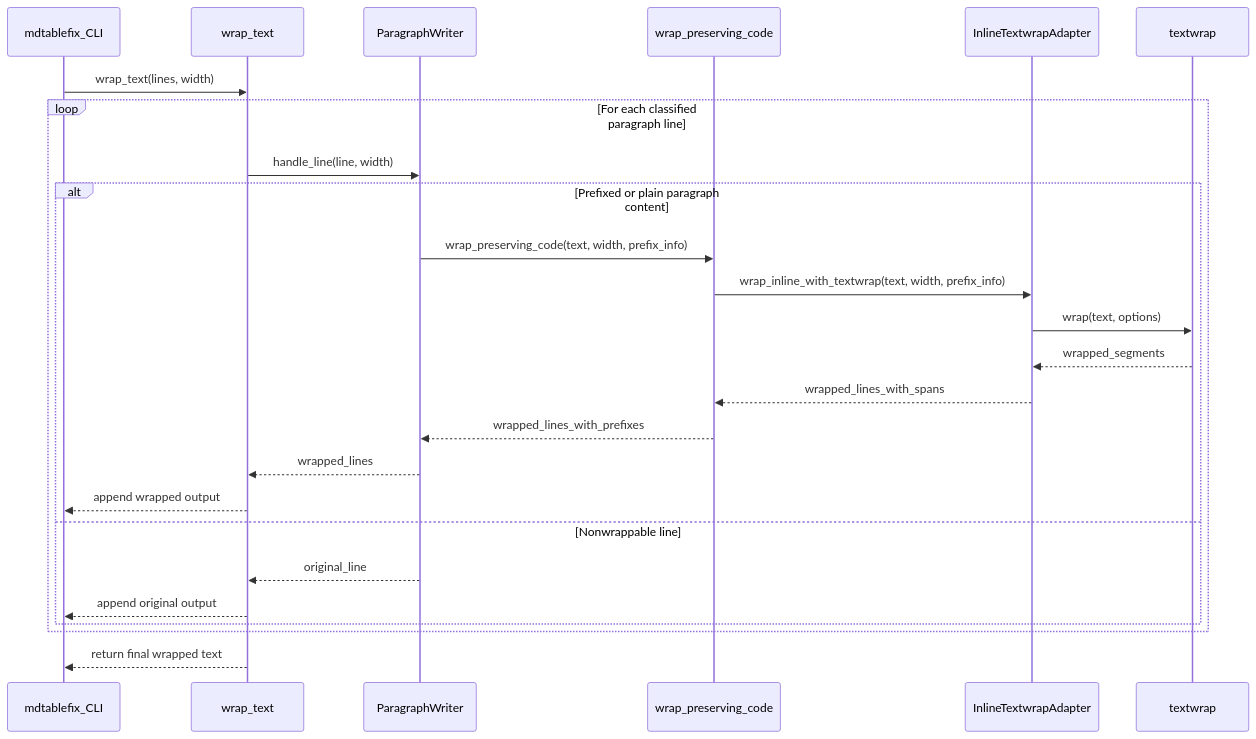
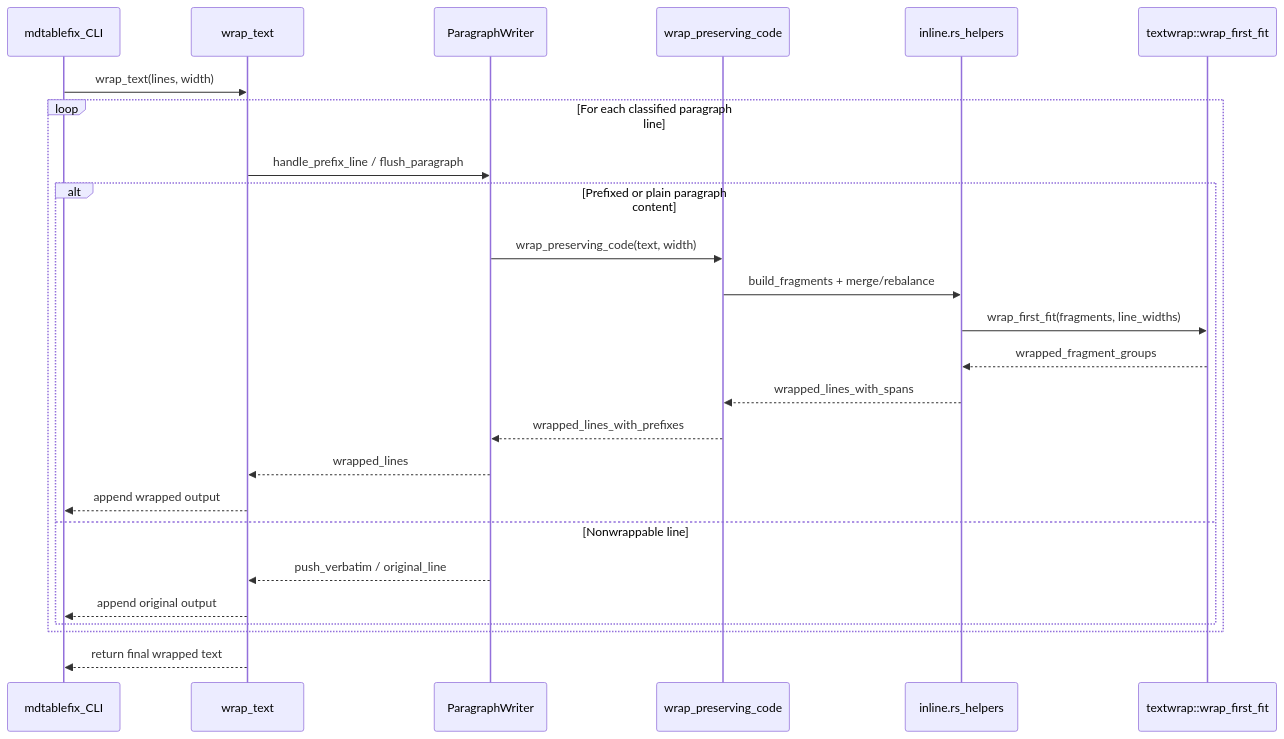
One commit to leynos/mdtablefix changed the fifth of 6 diagrams in docs/architecture.md. Above: the diagram before and after it, drawn with Mermaid. The commit also changed other lines of this file and 5 other files, not shown here.

First line of the commit message:
fix(wrap): prevent line overflow after tail rebalancing

````diff
--- a/docs/architecture.md
+++ b/docs/architecture.md
@@ -449,28 +449,28 @@
 ```mermaid
 sequenceDiagram
     participant CLI as mdtablefix_CLI
     participant WT as wrap_text
     participant PW as ParagraphWriter
     participant WP as wrap_preserving_code
-    participant AD as InlineTextwrapAdapter
-    participant TW as textwrap
+    participant IH as inline.rs_helpers
+    participant TW as textwrap::wrap_first_fit
 
     CLI->>WT: wrap_text(lines, width)
     loop For each classified paragraph line
-        WT->>PW: handle_line(line, width)
+        WT->>PW: handle_prefix_line / flush_paragraph
         alt Prefixed or plain paragraph content
-            PW->>WP: wrap_preserving_code(text, width, prefix_info)
-            WP->>AD: wrap_inline_with_textwrap(text, width, prefix_info)
-            AD->>TW: wrap(text, options)
-            TW-->>AD: wrapped_segments
-            AD-->>WP: wrapped_lines_with_spans
+            PW->>WP: wrap_preserving_code(text, width)
+            WP->>IH: build_fragments + merge/rebalance
+            IH->>TW: wrap_first_fit(fragments, line_widths)
+            TW-->>IH: wrapped_fragment_groups
+            IH-->>WP: wrapped_lines_with_spans
             WP-->>PW: wrapped_lines_with_prefixes
             PW-->>WT: wrapped_lines
             WT-->>CLI: append wrapped output
         else Nonwrappable line
-            PW-->>WT: original_line
+            PW-->>WT: push_verbatim / original_line
             WT-->>CLI: append original output
         end
     end
     WT-->>CLI: return final wrapped text
 ```
````
